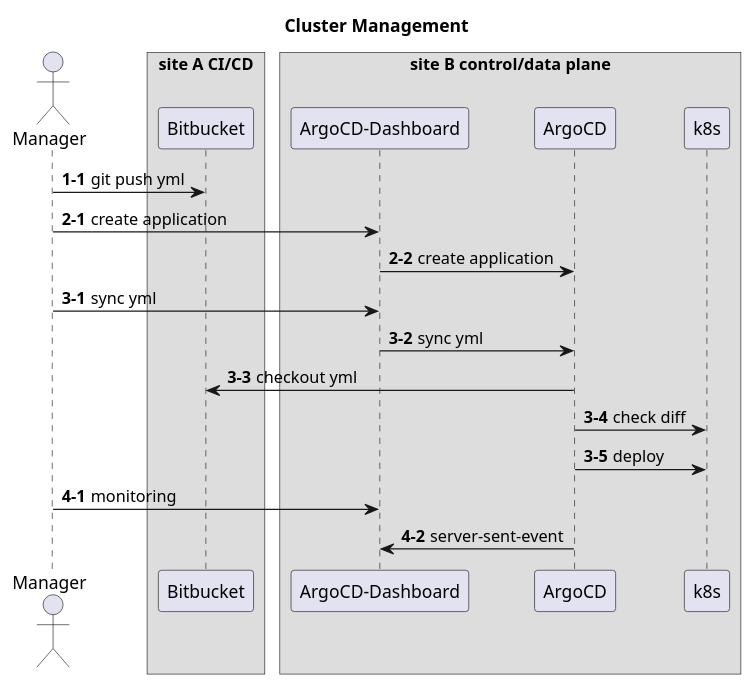
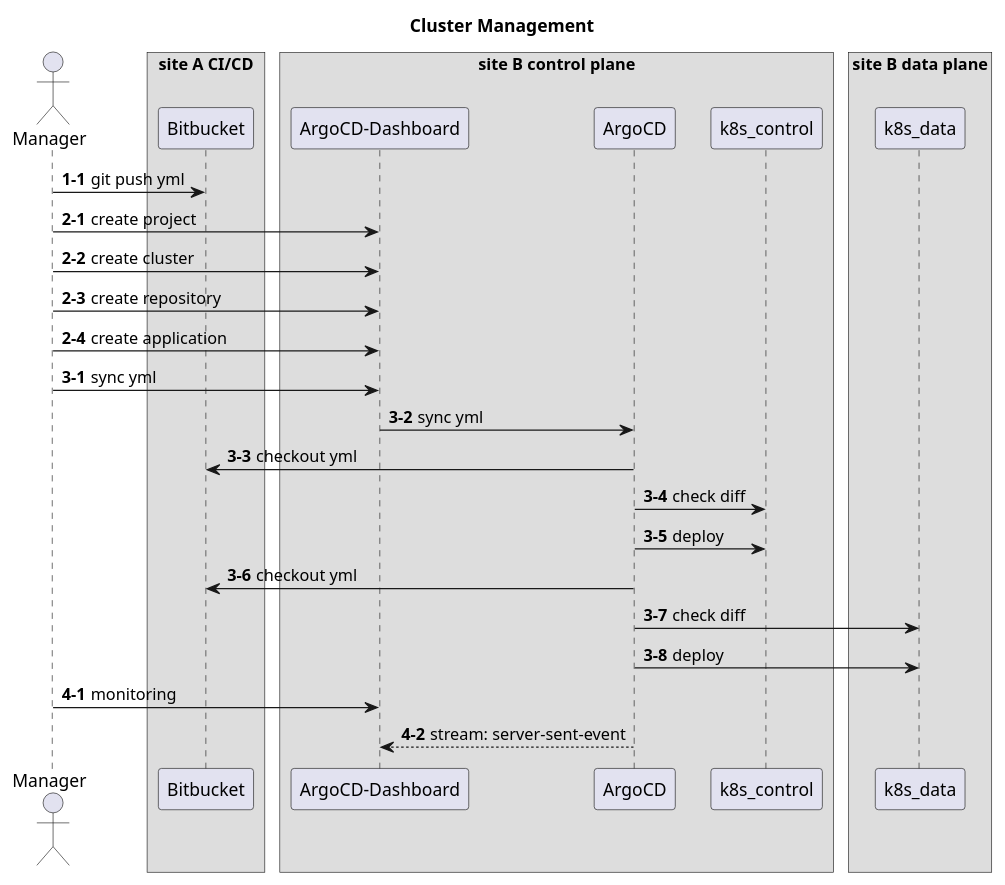
One commit to kloudbank/htdp1.github.io changed the fourth of 12 diagrams in docs/src/multi-cloud/diagram.md. Above: the diagram before and after it, drawn with PlantUML. The commit also changed other lines of this file, not shown here.

Commit message:
modify diagram 1228

```diff
--- a/docs/src/multi-cloud/diagram.md
+++ b/docs/src/multi-cloud/diagram.md
@@ -123,33 +120,41 @@
 @startuml
 
 scale 1
 skinparam ParticipantPadding 5
 skinparam BoxPadding 5
 title "Cluster Management"
 
 Actor Manager
 box "site A CI/CD"
     participant Bitbucket
 end box
-box "site B control/data plane"
+box "site B control plane"
     participant "ArgoCD-Dashboard" as argocddash
     participant ArgoCD
-    participant k8s
+    participant k8s_control
+end box
+box "site B data plane"
+    participant k8s_data
 end box
 
 autonumber 1-1
     Manager -> Bitbucket : git push yml
 autonumber 2-1
+    Manager -> argocddash : create project
+    Manager -> argocddash : create cluster
+    Manager -> argocddash : create repository
     Manager -> argocddash : create application
-    argocddash -> ArgoCD : create application
 autonumber 3-1
     Manager -> argocddash : sync yml
     argocddash -> ArgoCD : sync yml
     ArgoCD -> Bitbucket : checkout yml
-    ArgoCD -> k8s : check diff
-    ArgoCD -> k8s : deploy
+    ArgoCD -> k8s_control : check diff
+    ArgoCD -> k8s_control : deploy
+    ArgoCD -> Bitbucket : checkout yml
+    ArgoCD -> k8s_data : check diff
+    ArgoCD -> k8s_data : deploy
 autonumber 4-1
     Manager -> argocddash : monitoring
-    ArgoCD -> argocddash : server-sent-event
+    ArgoCD --> argocddash : stream: server-sent-event
 
 @enduml
```
